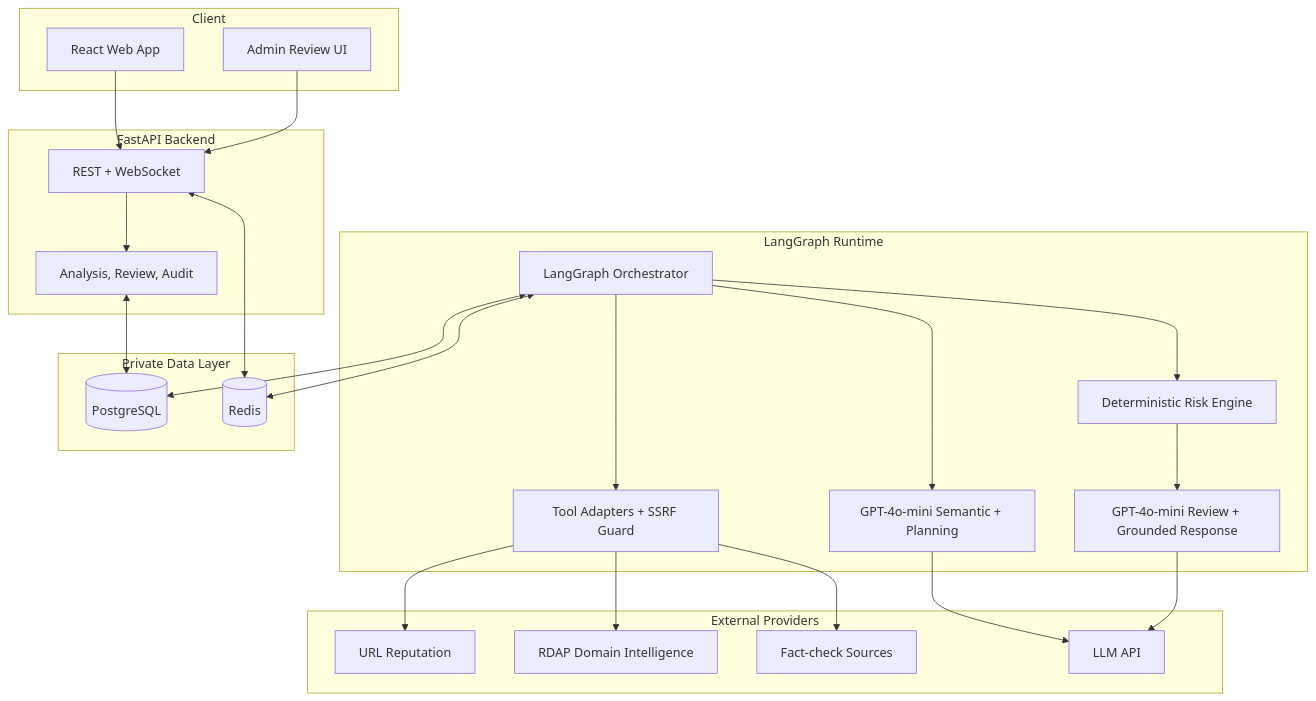
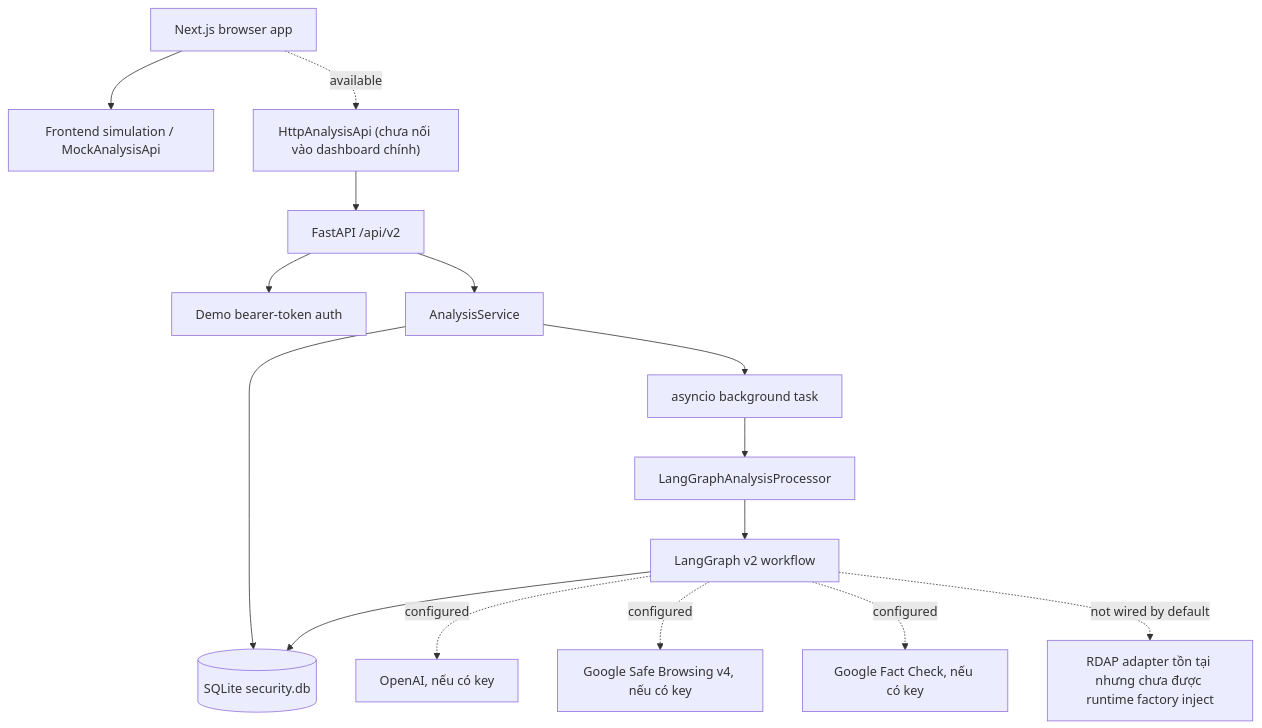
One commit to Binhdn04/TrustGuard-AI changed the first of 4 diagrams in docs/01-ARCHITECTURE.md. Above: the diagram before and after it, drawn with Mermaid. The commit also changed other lines of this file and 8 other files, not shown here.

````diff
--- a/docs/01-ARCHITECTURE.md
+++ b/docs/01-ARCHITECTURE.md
@@ -7,45 +12,30 @@
 ```mermaid
 flowchart TB
-    subgraph Client["Client"]
-        UI["React Web App"]
-        Admin["Admin Review UI"]
-    end
-    subgraph Backend["FastAPI Backend"]
-        API["REST + WebSocket"]
-        Services["Analysis, Review, Audit"]
-    end
-    subgraph Agent["LangGraph Runtime"]
-        Graph["LangGraph Orchestrator"]
-        Semantic["GPT-4o-mini Semantic + Planning"]
-        Risk["Deterministic Risk Engine"]
-        Grounding["GPT-4o-mini Review + Grounded Response"]
-        Adapters["Tool Adapters + SSRF Guard"]
-    end
-    subgraph Data["Private Data Layer"]
-        DB[("PostgreSQL")]
-        Redis[("Redis")]
-    end
-    subgraph External["External Providers"]
-        Reputation["URL Reputation"]
-        Whois["RDAP Domain Intelligence"]
-        FactCheck["Fact-check Sources"]
-        LLM["LLM API"]
-    end
+    Browser["Next.js browser app"]
+    Mock["Frontend simulation / MockAnalysisApi"]
+    HTTP["HttpAnalysisApi (chưa nối vào dashboard chính)"]
+    API["FastAPI /api/v2"]
+    Auth["Demo bearer-token auth"]
+    Service["AnalysisService"]
+    Task["asyncio background task"]
+    Processor["LangGraphAnalysisProcessor"]
+    Graph["LangGraph v2 workflow"]
+    SQLite[("SQLite security.db")]
+    LLM["OpenAI, nếu có key"]
+    GSB["Google Safe Browsing v4, nếu có key"]
+    Fact["Google Fact Check, nếu có key"]
+    RDAP["RDAP adapter tồn tại nhưng chưa được runtime factory inject"]
 
-    UI --> API
-    Admin --> API
-    API --> Services
-    Services <--> DB
-    API <--> Redis
-    Graph <--> Redis
-    Graph --> Risk
-    Graph --> Semantic
-    Risk --> Grounding
-    Graph --> Adapters
-    Adapters --> Reputation
-    Adapters --> Whois
-    Adapters --> FactCheck
-    Semantic --> LLM
-    Grounding --> LLM
-    Graph <--> DB
+    Browser --> Mock
+    Browser -. available .-> HTTP
+    HTTP --> API
+    API --> Auth
+    API --> Service
+    Service --> SQLite
+    Service --> Task --> Processor --> Graph
+    Graph --> SQLite
+    Graph -. configured .-> LLM
+    Graph -. configured .-> GSB
+    Graph -. configured .-> Fact
+    Graph -. not wired by default .-> RDAP
 ```
````
